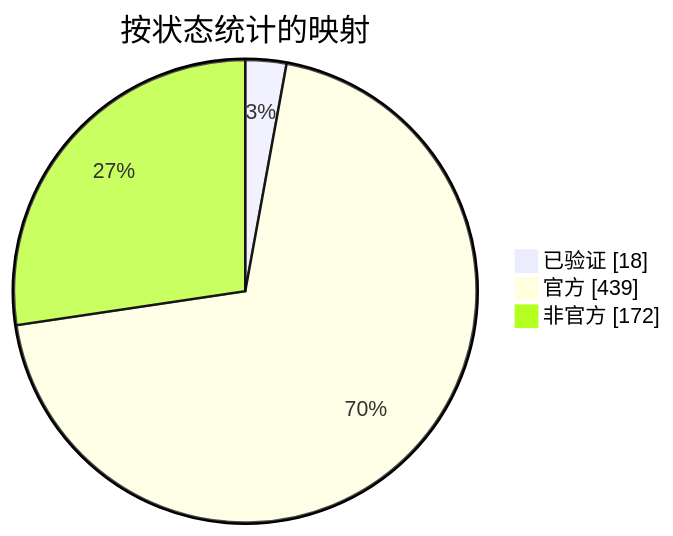
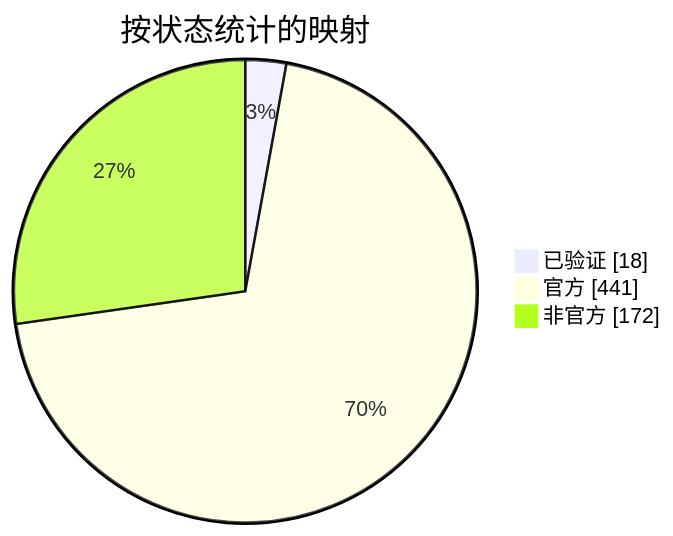
One commit to nobrega8/mbmap-library changed the diagram in docs/readme/README_ZHS.md. Above: the diagram before and after it, drawn with Mermaid. The commit also changed 7 other files, not shown here.

````diff
--- a/docs/readme/README_ZHS.md
+++ b/docs/readme/README_ZHS.md
@@ -54,7 +54,7 @@
 ```mermaid
 pie showData
     title 按状态统计的映射
     "已验证" : 18
-    "官方" : 439
+    "官方" : 441
     "非官方" : 172
 ```
````
